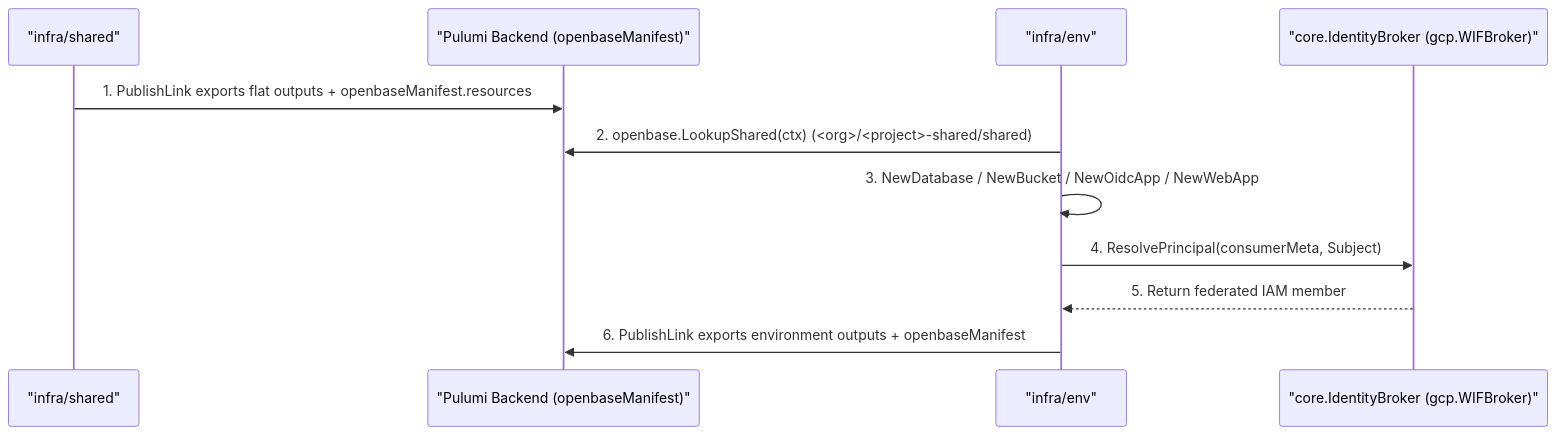
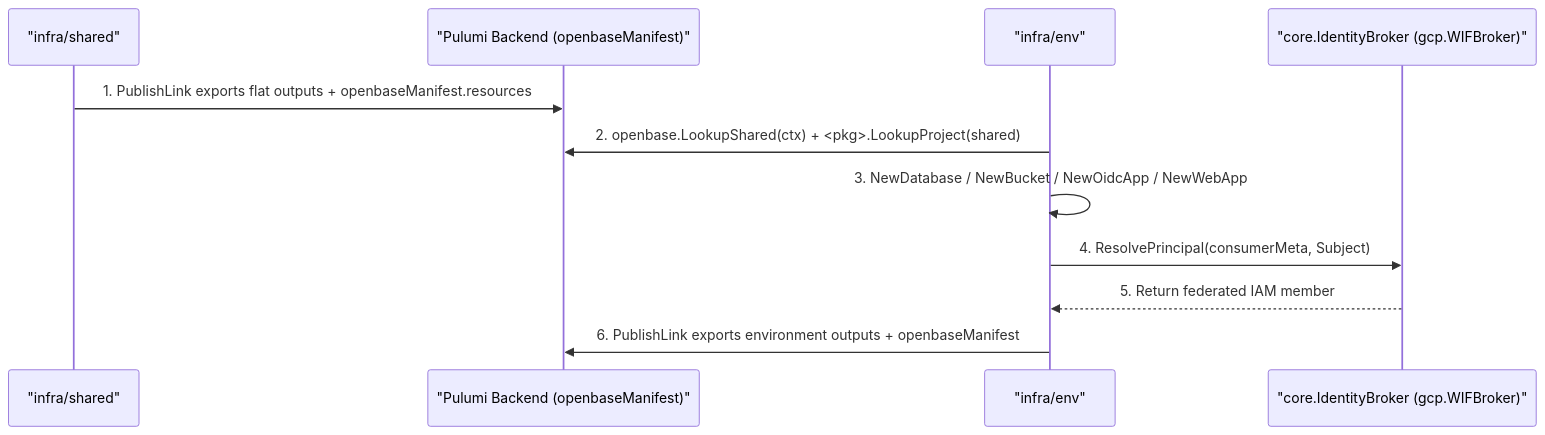
Before and after one commit to cloudvoyant/openbase: the second of 2 diagrams in docs/architecture/scopes.md, drawn with Mermaid. The commit also changed other lines of this file and 64 other files, not shown here.

````diff
--- a/docs/architecture/scopes.md
+++ b/docs/architecture/scopes.md
@@ -52,14 +52,14 @@
 ```mermaid
 sequenceDiagram
     participant Shared as "infra/shared"
     participant State as "Pulumi Backend (openbaseManifest)"
     participant Env as "infra/env"
     participant Broker as "core.IdentityBroker (gcp.WIFBroker)"
 
     Shared->>State: 1. PublishLink exports flat outputs + openbaseManifest.resources
-    Env->>State: 2. openbase.LookupShared(ctx) (<org>/<project>-shared/shared)
+    Env->>State: 2. openbase.LookupShared(ctx) + <pkg>.LookupProject(shared)
     Env->>Env: 3. NewDatabase / NewBucket / NewOidcApp / NewWebApp
     Env->>Broker: 4. ResolvePrincipal(consumerMeta, Subject)
     Broker-->>Env: 5. Return federated IAM member
     Env->>State: 6. PublishLink exports environment outputs + openbaseManifest
 ```
````
